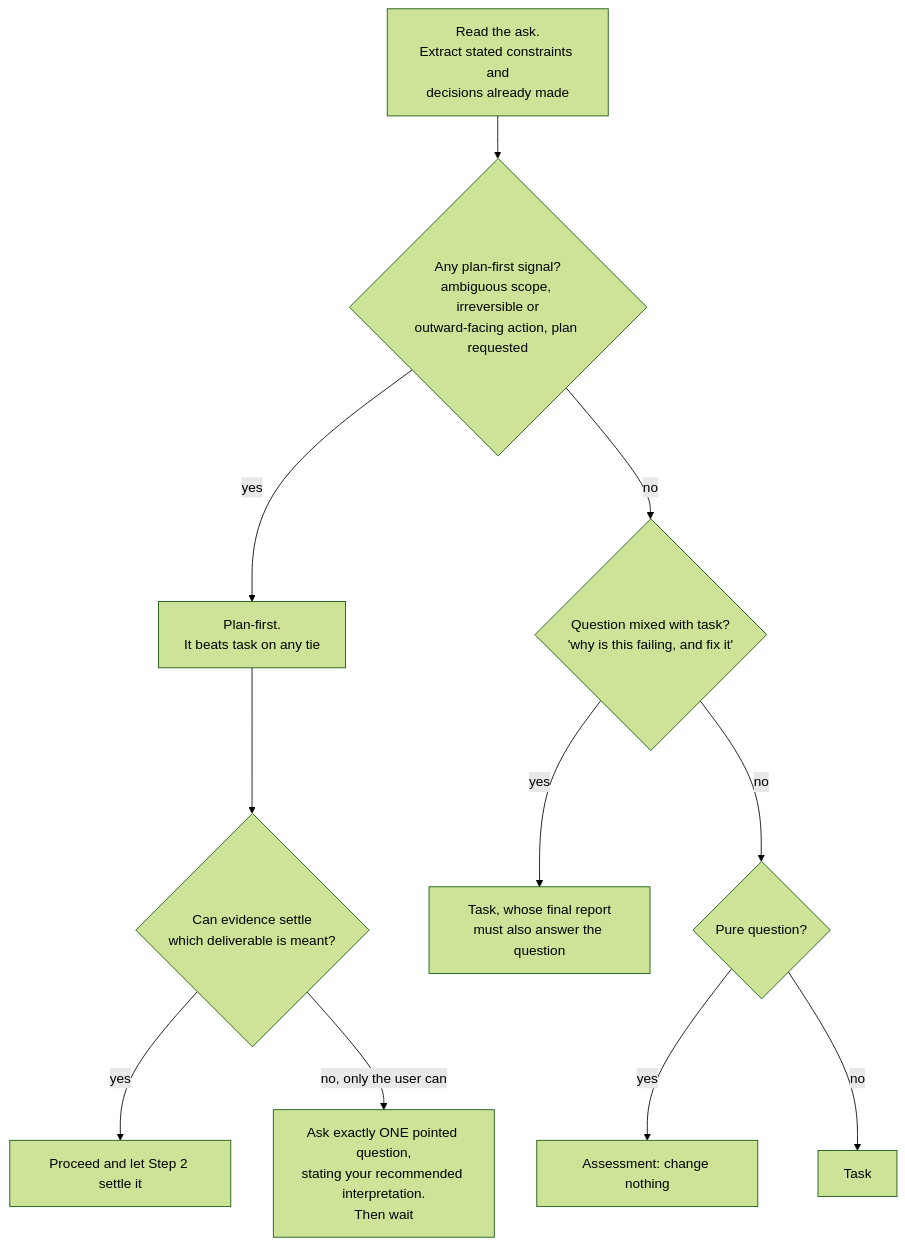
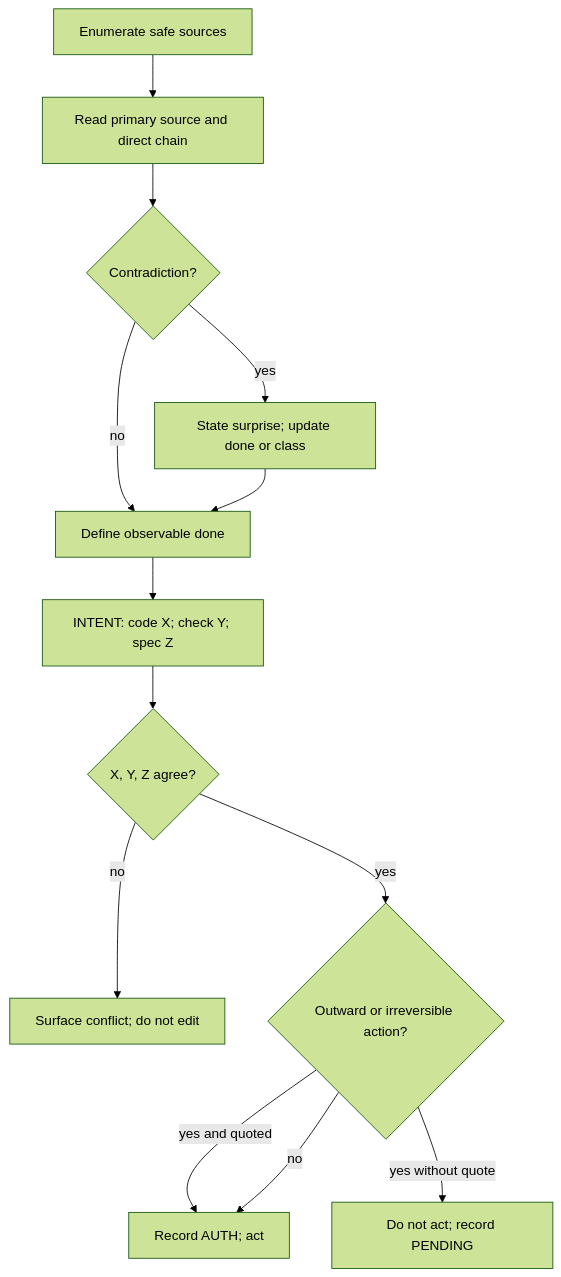
Before and after one commit to kelvinhuang0327/skill: the third of 5 diagrams in fable-method/platforms/codex/fable-method/references/flowcharts.md, drawn with Mermaid (forest theme). The commit also changed other lines of this file and 63 other files, not shown here.

````diff
--- a/fable-method/platforms/codex/fable-method/references/flowcharts.md
+++ b/fable-method/platforms/codex/fable-method/references/flowcharts.md
@@ -90,13 +65,15 @@
 ```mermaid
 flowchart TD
-    A["Read the ask.<br/>Extract stated constraints and<br/>decisions already made"] --> B{"Any plan-first signal?<br/>ambiguous scope, irreversible or<br/>outward-facing action, plan requested"}
-    B -->|yes| P["Plan-first.<br/>It beats task on any tie"]
-    B -->|no| C{"Question mixed with task?<br/>'why is this failing, and fix it'"}
-    C -->|yes| T2["Task, whose final report<br/>must also answer the question"]
-    C -->|no| D{"Pure question?"}
-    D -->|yes| Q["Assessment: change nothing"]
-    D -->|no| T["Task"]
-    P --> AMB{"Can evidence settle<br/>which deliverable is meant?"}
-    AMB -->|yes| GO["Proceed and let Step 2 settle it"]
-    AMB -->|"no, only the user can"| ASK["Ask exactly ONE pointed question,<br/>stating your recommended interpretation.<br/>Then wait"]
+    ORIENT["Enumerate safe sources"] --> READ["Read primary source and direct chain"]
+    READ --> SURPRISE{"Contradiction?"}
+    SURPRISE -->|yes| ROUTE["State surprise; update done or class"]
+    SURPRISE -->|no| DONE["Define observable done"]
+    ROUTE --> DONE
+    DONE --> INTENT["INTENT: code X; check Y; spec Z"]
+    INTENT --> AGREE{"X, Y, Z agree?"}
+    AGREE -->|no| CONFLICT["Surface conflict; do not edit"]
+    AGREE -->|yes| AUTH{"Outward or irreversible action?"}
+    AUTH -->|yes and quoted| ACT["Record AUTH; act"]
+    AUTH -->|yes without quote| PEND["Do not act; record PENDING"]
+    AUTH -->|no| ACT
 ```
````
